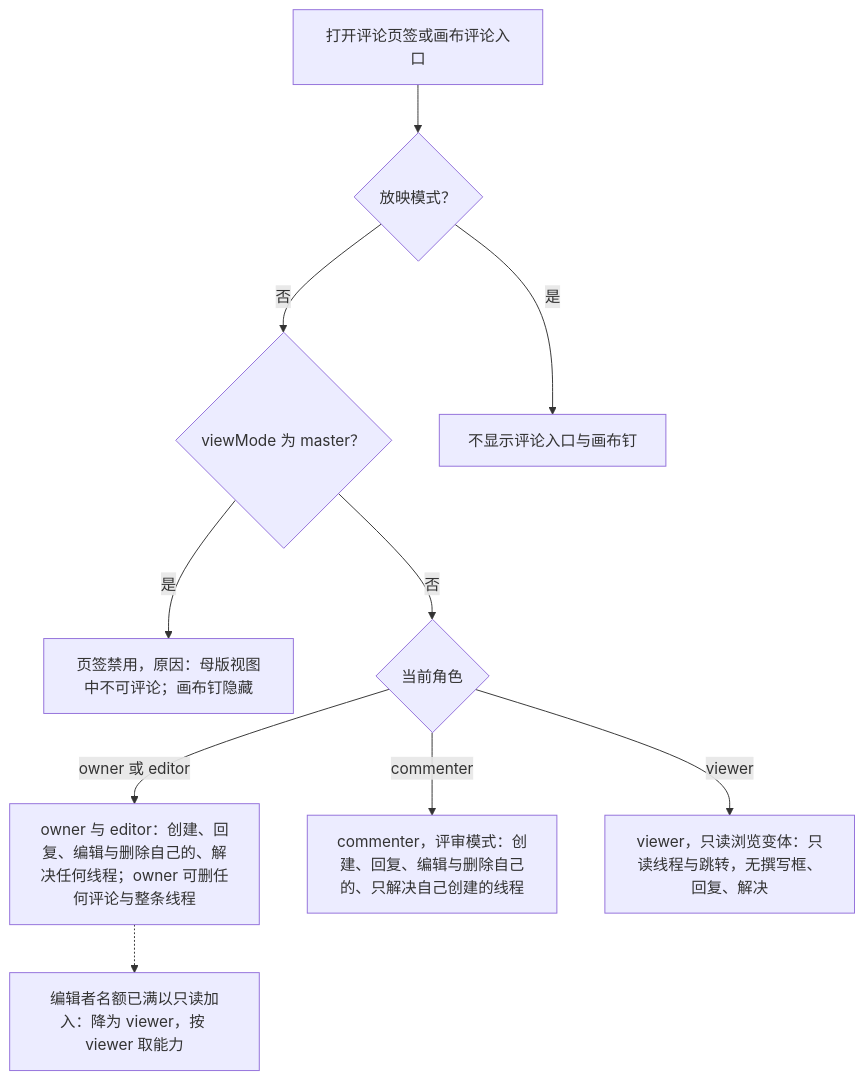
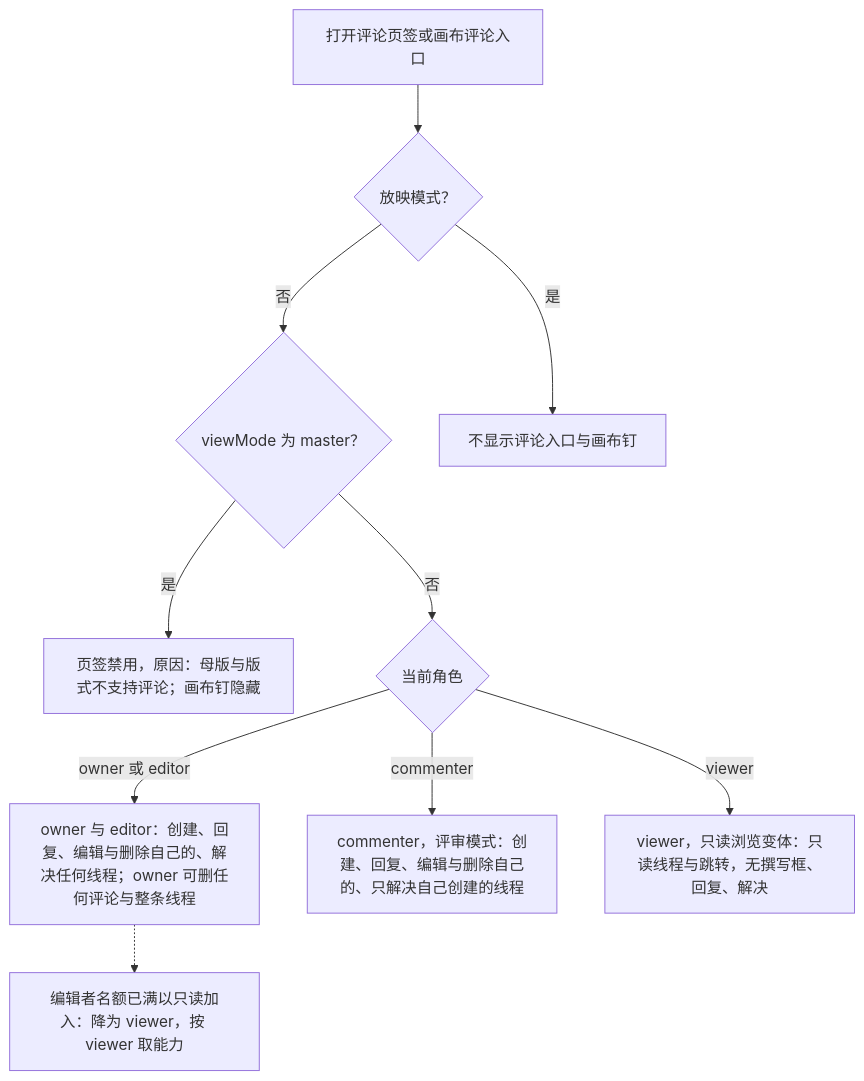
Before and after one commit to Xeonice/cordis-ppt-editor: the second of 5 diagrams in docs/50-frontend/08-comments-and-version-history.md, drawn with Mermaid. The commit also changed other lines of this file and 31 other files, not shown here.

````diff
--- a/docs/50-frontend/08-comments-and-version-history.md
+++ b/docs/50-frontend/08-comments-and-version-history.md
@@ -113,22 +113,22 @@
 ```mermaid
 flowchart TB
   enter["打开评论页签或画布评论入口"]
   master{"viewMode 为 master？"}
-  masterOff["页签禁用，原因：母版视图中不可评论；画布钉隐藏"]
+  masterOff["页签禁用，原因：母版与版式不支持评论；画布钉隐藏"]
   role{"当前角色"}
   full["owner 与 editor：创建、回复、编辑与删除自己的、解决任何线程；owner 可删任何评论与整条线程"]
   commenter["commenter，评审模式：创建、回复、编辑与删除自己的、只解决自己创建的线程"]
   viewer["viewer，只读浏览变体：只读线程与跳转，无撰写框、回复、解决"]
   present{"放映模式？"}
   hidden["不显示评论入口与画布钉"]
   capacity["编辑者名额已满以只读加入：降为 viewer，按 viewer 取能力"]
   enter --> present
   present -- "是" --> hidden
   present -- "否" --> master
   master -- "是" --> masterOff
   master -- "否" --> role
   role -- "owner 或 editor" --> full
   role -- "commenter" --> commenter
   role -- "viewer" --> viewer
   full -.-> capacity
 ```
````
